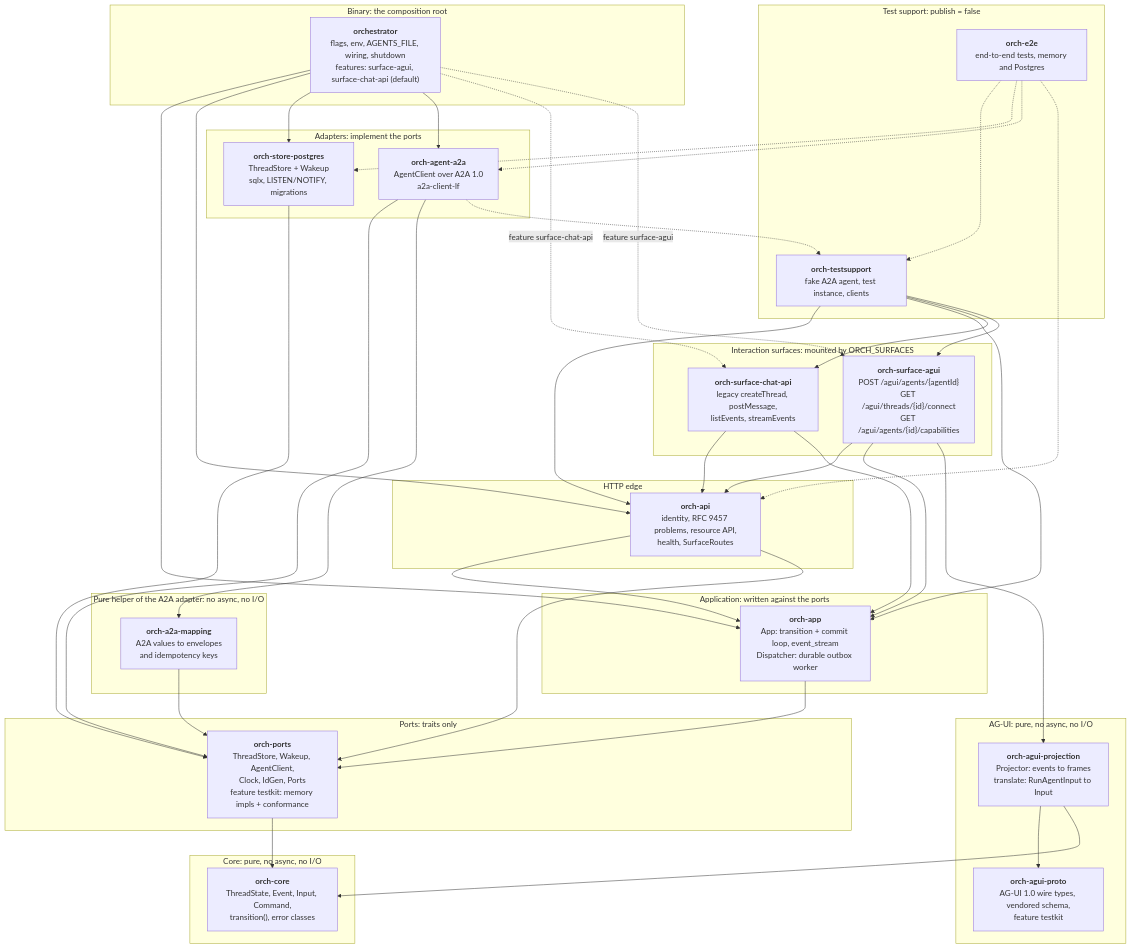
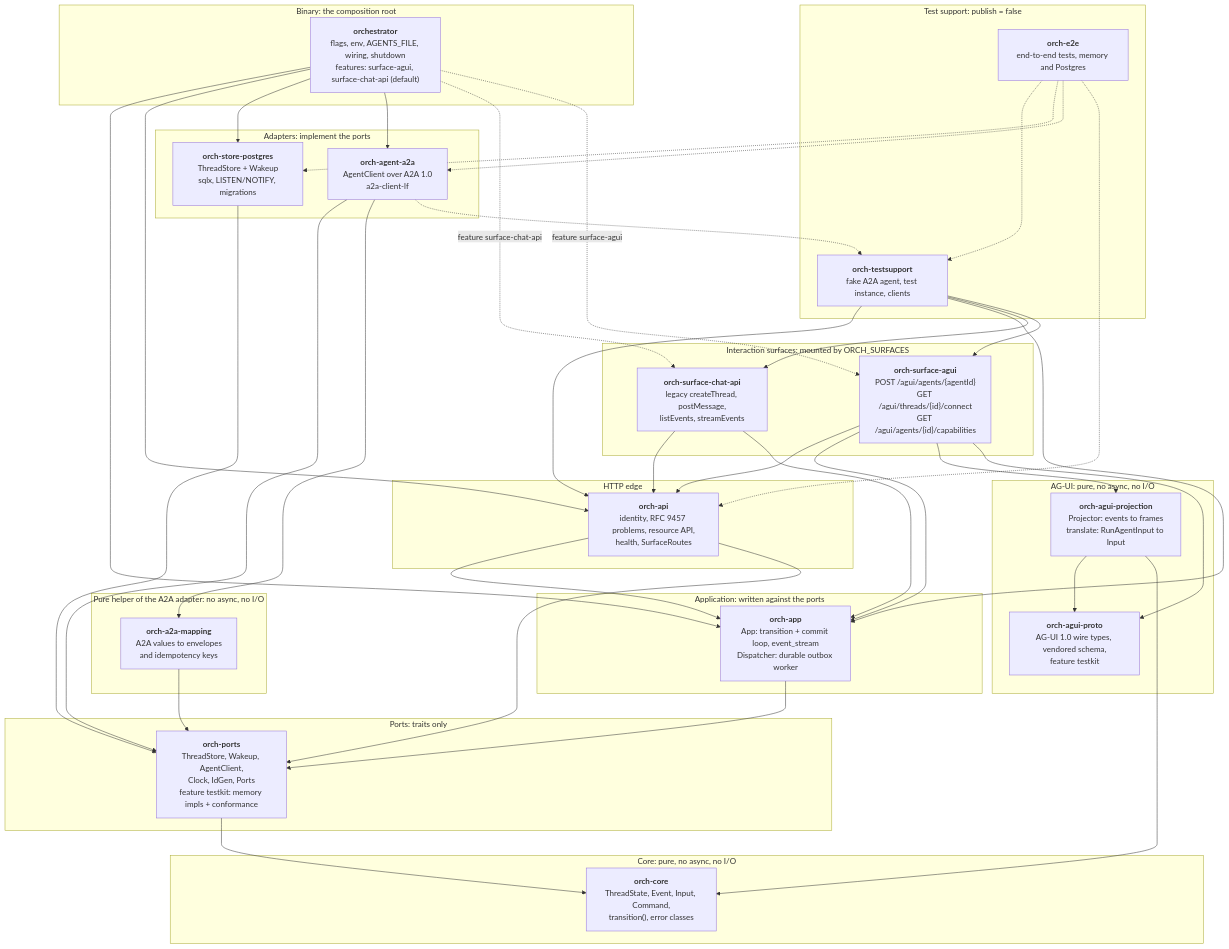
Before and after one commit to vymalo/another-agentic-system: the first of 12 diagrams in docs/orchestrator.md, drawn with Mermaid. The commit also changed other lines of this file and 7 other files, not shown here.

First line of the commit message:
docs: architecture and orchestrator diagrams for AG-UI (#46)

````diff
--- a/docs/orchestrator.md
+++ b/docs/orchestrator.md
@@ -59,70 +62,71 @@
 ```mermaid
 flowchart TB
   subgraph G_CORE["Core: pure, no async, no I/O"]
     core["<b>orch-core</b><br/>ThreadState, Event, Input, Command,<br/>transition(), error classes"]
   end
   subgraph G_PORTS["Ports: traits only"]
     ports["<b>orch-ports</b><br/>ThreadStore, Wakeup, AgentClient,<br/>Clock, IdGen, Ports<br/>feature testkit: memory impls + conformance"]
   end
   subgraph G_ADAPT["Adapters: implement the ports"]
     pg["<b>orch-store-postgres</b><br/>ThreadStore + Wakeup<br/>sqlx, LISTEN/NOTIFY, migrations"]
     a2a["<b>orch-agent-a2a</b><br/>AgentClient over A2A 1.0<br/>a2a-client-lf"]
   end
   subgraph G_MAP["Pure helper of the A2A adapter: no async, no I/O"]
     a2amap["<b>orch-a2a-mapping</b><br/>A2A values to envelopes<br/>and idempotency keys"]
   end
   subgraph G_APP["Application: written against the ports"]
     app["<b>orch-app</b><br/>App: transition + commit loop, event_stream<br/>Dispatcher: durable outbox worker"]
   end
   subgraph G_EDGE["HTTP edge"]
     api["<b>orch-api</b><br/>identity, RFC 9457 problems, resource API,<br/>health, SurfaceRoutes"]
   end
   subgraph G_SURF["Interaction surfaces: mounted by ORCH_SURFACES"]
     chat["<b>orch-surface-chat-api</b><br/>legacy createThread, postMessage,<br/>listEvents, streamEvents"]
     surfagui["<b>orch-surface-agui</b><br/>POST /agui/agents/{agentId}<br/>GET /agui/threads/{id}/connect<br/>GET /agui/agents/{id}/capabilities"]
   end
   subgraph G_AGUI["AG-UI: pure, no async, no I/O"]
     proto["<b>orch-agui-proto</b><br/>AG-UI 1.0 wire types, vendored schema,<br/>feature testkit"]
     proj["<b>orch-agui-projection</b><br/>Projector: events to frames<br/>translate: RunAgentInput to Input"]
   end
   subgraph G_BIN["Binary: the composition root"]
     bin["<b>orchestrator</b><br/>flags, env, AGENTS_FILE, wiring, shutdown<br/>features: surface-agui, surface-chat-api (default)"]
   end
   subgraph G_TEST["Test support: publish = false"]
     ts["<b>orch-testsupport</b><br/>fake A2A agent, test instance, clients"]
     e2e["<b>orch-e2e</b><br/>end-to-end tests, memory and Postgres"]
   end
 
   ports --> core
   pg --> ports
   a2a --> ports
   a2a --> a2amap
   a2amap --> ports
   app --> ports
   api --> app
   api --> ports
   chat --> api
   chat --> app
   proj --> proto
   proj --> core
   bin --> app
   bin --> api
   bin --> pg
   bin --> a2a
   bin -. "feature surface-chat-api" .-> chat
   bin -. "feature surface-agui" .-> surfagui
   surfagui --> api
   surfagui --> app
   surfagui --> proj
+  surfagui --> proto
   ts --> api
   ts --> app
   ts --> chat
   ts --> surfagui
   e2e -.-> ts
   e2e -.-> pg
   e2e -.-> a2a
   e2e -.-> api
   a2a -.-> ts
 
   classDef planned stroke-dasharray: 5 5,fill:none
 ```
````
